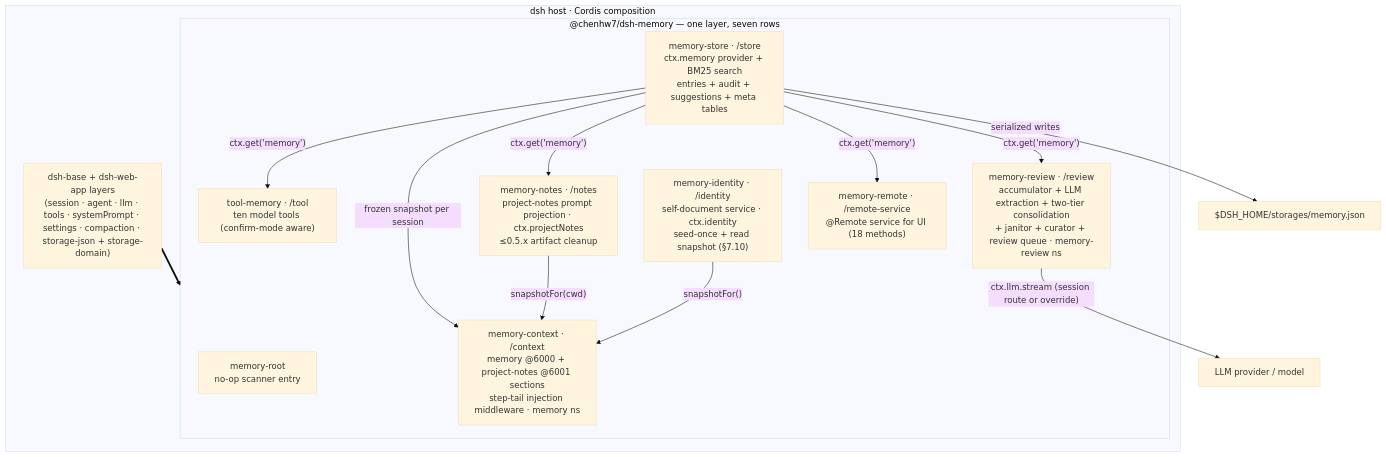
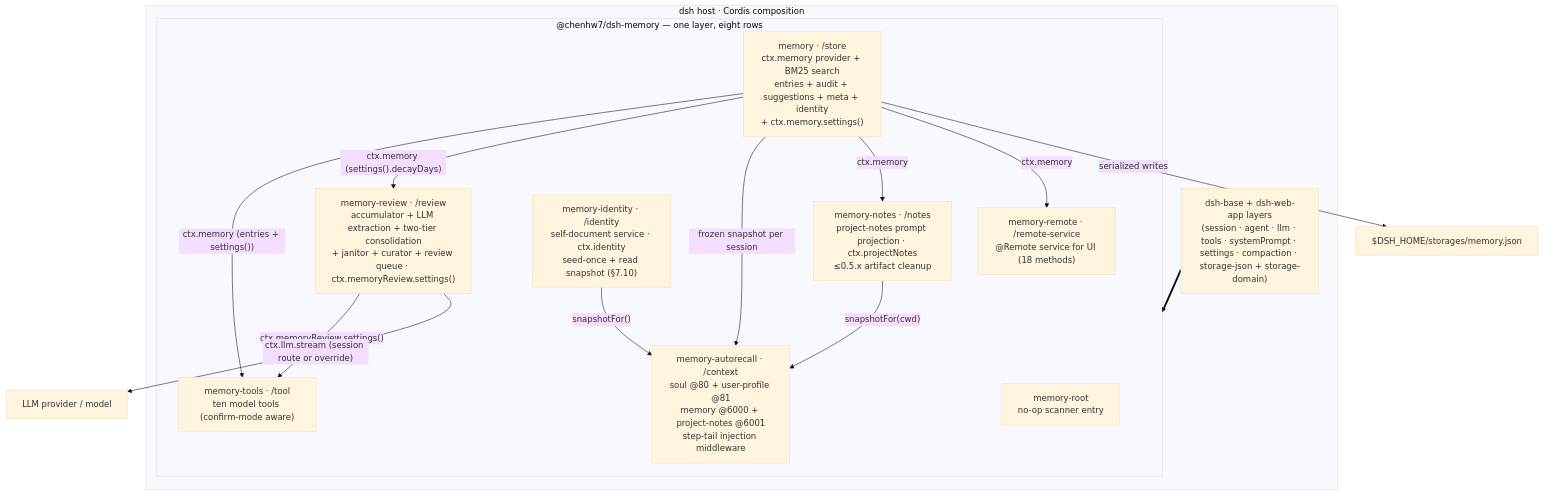
One commit to chenhw7/dsh-memory changed the first of 3 diagrams in docs/TECH_DESIGN.md. Above: the diagram before and after it, drawn with Mermaid (base theme). The commit also changed other lines of this file and 65 other files, not shown here.

````diff
--- a/docs/TECH_DESIGN.md
+++ b/docs/TECH_DESIGN.md
@@ -103,26 +104,27 @@
 ```mermaid
 flowchart TB
   subgraph host["dsh host · Cordis composition"]
     base["dsh-base + dsh-web-app layers<br/>(session · agent · llm · tools · systemPrompt · settings · compaction · storage-json + storage-domain)"]
-    subgraph bundle["@chenhw7/dsh-memory — one layer, seven rows"]
+    subgraph bundle["@chenhw7/dsh-memory — one layer, eight rows"]
       root["memory-root<br/>no-op scanner entry"]
-      store["memory-store · /store<br/>ctx.memory provider + BM25 search<br/>entries + audit + suggestions + meta tables"]
-      tool["tool-memory · /tool<br/>ten model tools (confirm-mode aware)"]
-      review["memory-review · /review<br/>accumulator + LLM extraction + two-tier consolidation<br/>+ janitor + curator + review queue · memory-review ns"]
+      store["memory · /store<br/>ctx.memory provider + BM25 search<br/>entries + audit + suggestions + meta + identity<br/>+ ctx.memory.settings()"]
+      tool["memory-tools · /tool<br/>ten model tools (confirm-mode aware)"]
+      review["memory-review · /review<br/>accumulator + LLM extraction + two-tier consolidation<br/>+ janitor + curator + review queue · ctx.memoryReview.settings()"]
       notes["memory-notes · /notes<br/>project-notes prompt projection · ctx.projectNotes<br/>≤0.5.x artifact cleanup"]
       identity["memory-identity · /identity<br/>self-document service · ctx.identity<br/>seed-once + read snapshot (§7.10)"]
-      context["memory-context · /context<br/>memory @6000 + project-notes @6001 sections<br/>step-tail injection middleware · memory ns"]
+      context["memory-autorecall · /context<br/>soul @80 + user-profile @81<br/>memory @6000 + project-notes @6001<br/>step-tail injection middleware"]
       remote["memory-remote · /remote-service<br/>@Remote service for UI (18 methods)"]
     end
   end
   base ==> bundle
-  store -- "ctx.get('memory')" --> tool
-  store -- "ctx.get('memory')" --> review
+  store -- "ctx.memory (entries + settings())" --> tool
+  store -- "ctx.memory (settings().decayDays)" --> review
   store -- "frozen snapshot per session" --> context
-  store -- "ctx.get('memory')" --> notes
-  store -- "ctx.get('memory')" --> remote
+  store -- "ctx.memory" --> notes
+  store -- "ctx.memory" --> remote
+  review -- "ctx.memoryReview.settings()" --> tool
   review -- "ctx.llm.stream (session route or override)" --> llm["LLM provider / model"]
   notes -- "snapshotFor(cwd)" --> context
   identity -- "snapshotFor()" --> context
   store -- "serialized writes" --> json["$DSH_HOME/storages/memory.json"]
 ```
````
